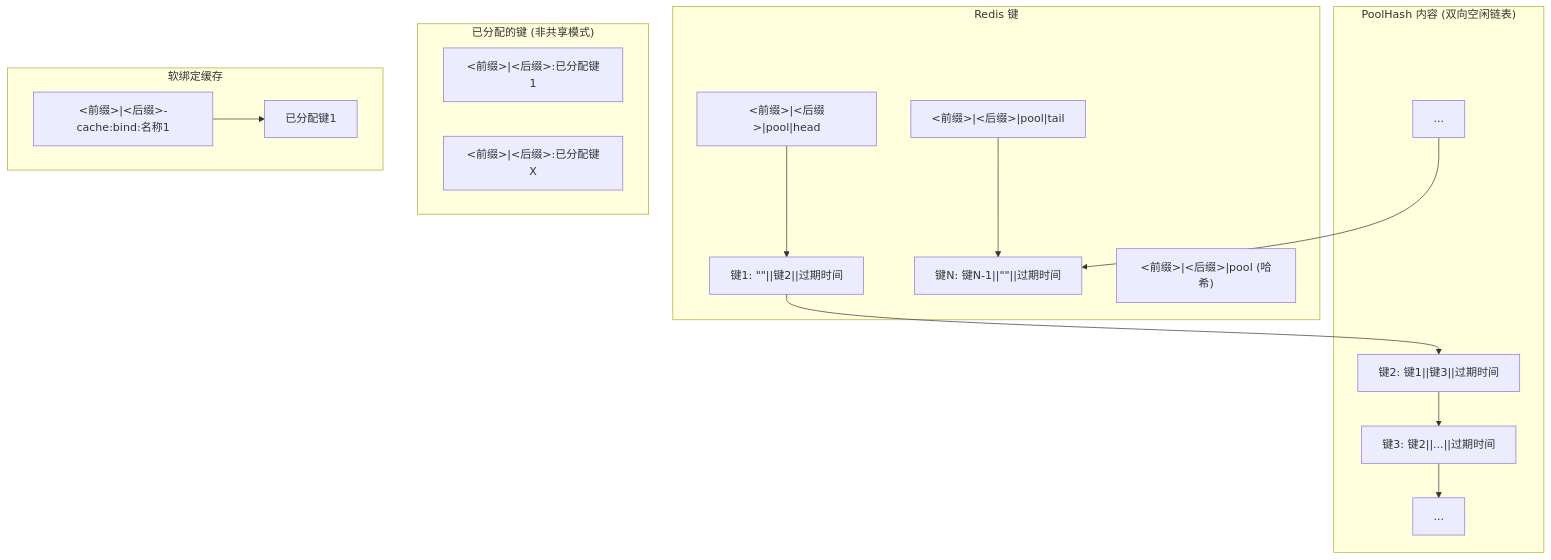
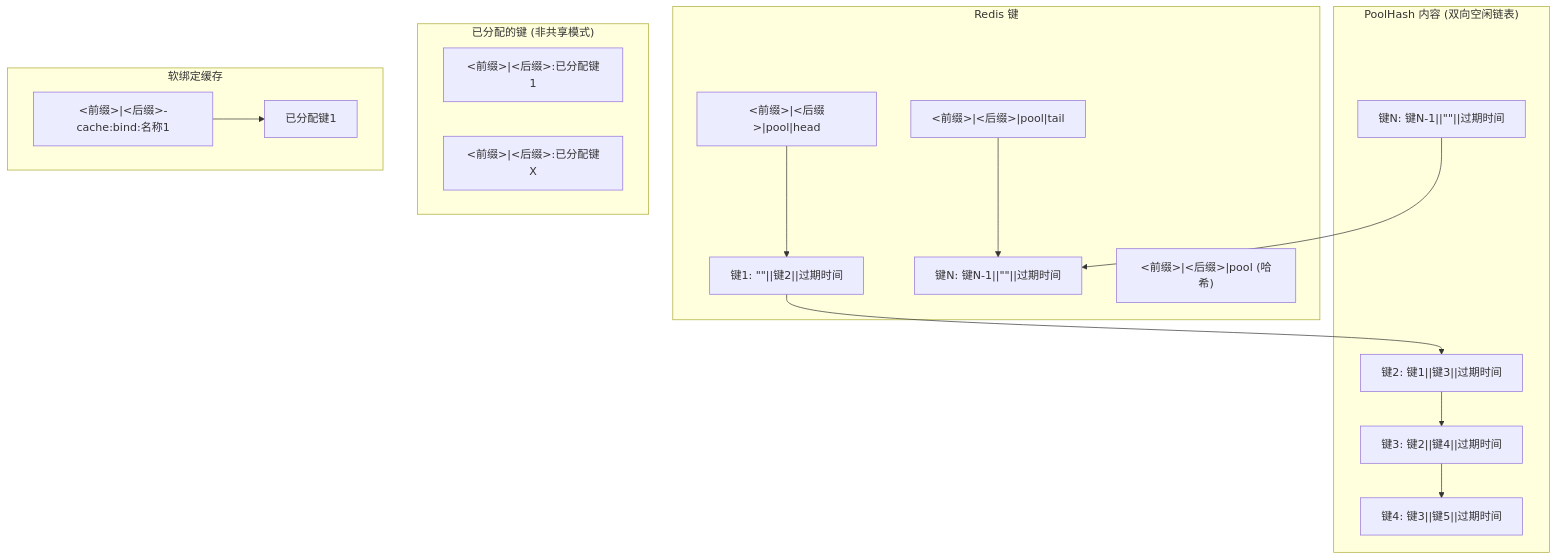
The second of 5 diagrams in README.zh-CN.md (invoker-bot/RedisAllocator-python), drawn with Mermaid before and after one commit. The commit also changed other lines of this file and 1 other file, not shown here.

Commit message:
docs: update README files to clarify soft binding unbinding and correct PoolHash content representation

````diff
--- a/README.zh-CN.md
+++ b/README.zh-CN.md
@@ -188,24 +188,24 @@
 ```mermaid
 graph TD
     subgraph Redis 键
         HKey["<前缀>|<后缀>|pool|head"] --> Key1["键1: &quot;&quot;||键2||过期时间"]
         TKey["<前缀>|<后缀>|pool|tail"] --> KeyN["键N: 键N-1||&quot;&quot;||过期时间"]
         PoolHash["<前缀>|<后缀>|pool (哈希)"]
     end
 
     subgraph "PoolHash 内容 (双向空闲链表)"
         Key1 --> Key2["键2: 键1||键3||过期时间"]
-        Key2 --> Key3["键3: 键2||...||过期时间"]
-        Key3 --> ...
-        KeyN_1[...] --> KeyN
+        Key2 --> Key3["键3: 键2||键4||过期时间"]
+        Key3 --> Key4["键4: 键3||键5||过期时间"]
+        KeyN_1["键N: 键N-1||&quot;&quot;||过期时间"] --> KeyN
     end
 
     subgraph "已分配的键 (非共享模式)"
         LKey1["<前缀>|<后缀>:已分配键1"]
         LKeyX["<前缀>|<后缀>:已分配键X"]
     end
 
     subgraph "软绑定缓存"
         CacheKey1["<前缀>|<后缀>-cache:bind:名称1"] --> 已分配键1
     end
 ```
````
